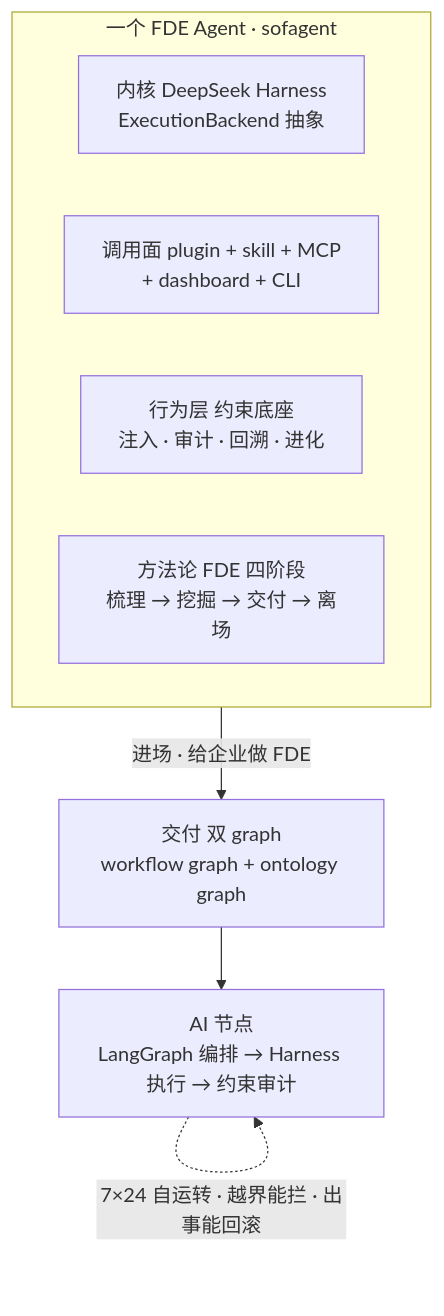
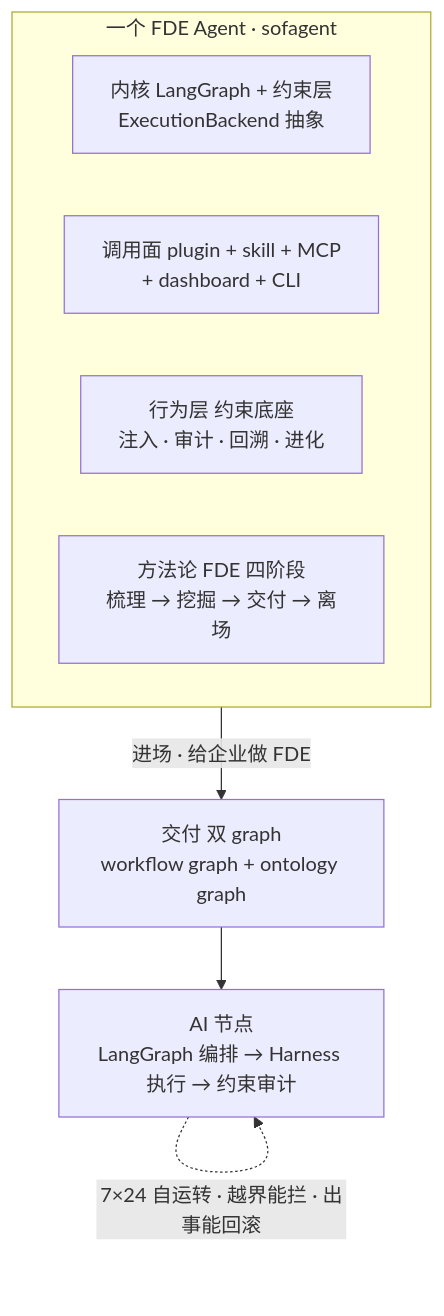
Before and after one commit to KongFangXun/sofagent: the first of 2 diagrams in README.md, drawn with Mermaid. The commit also changed other lines of this file and 4 other files, not shown here.

First line of the commit message:
fix(assets+docs): banner 恢复浅色版 + Q1/Q2/Q3 + 问题 21 ARCHITECTURE 收编

````diff
--- a/README.md
+++ b/README.md
@@ -29,12 +29,12 @@
 ```mermaid
 graph TB
     subgraph S["一个 FDE Agent · sofagent"]
-        K["内核 DeepSeek Harness<br/>ExecutionBackend 抽象"]
+        K["内核 LangGraph + 约束层<br/>ExecutionBackend 抽象"]
         I["调用面 plugin + skill + MCP<br/>+ dashboard + CLI"]
         B["行为层 约束底座<br/>注入 · 审计 · 回溯 · 进化"]
         M["方法论 FDE 四阶段<br/>梳理 → 挖掘 → 交付 → 离场"]
     end
     S -->|"进场 · 给企业做 FDE"| D["交付 双 graph<br/>workflow graph + ontology graph"]
     D --> N["AI 节点<br/>LangGraph 编排 → Harness 执行 → 约束审计"]
     N -.->|"7×24 自运转 · 越界能拦 · 出事能回滚"| N
 ```
````
